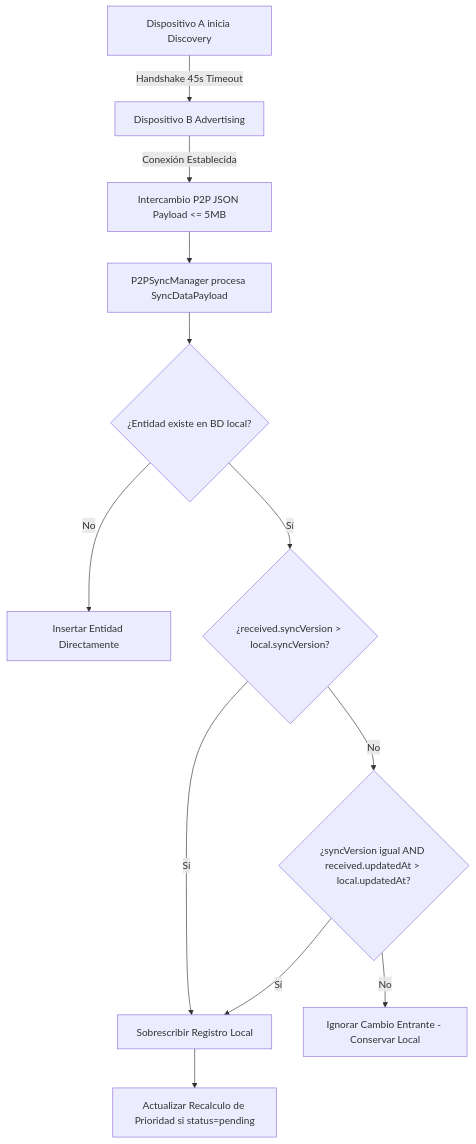
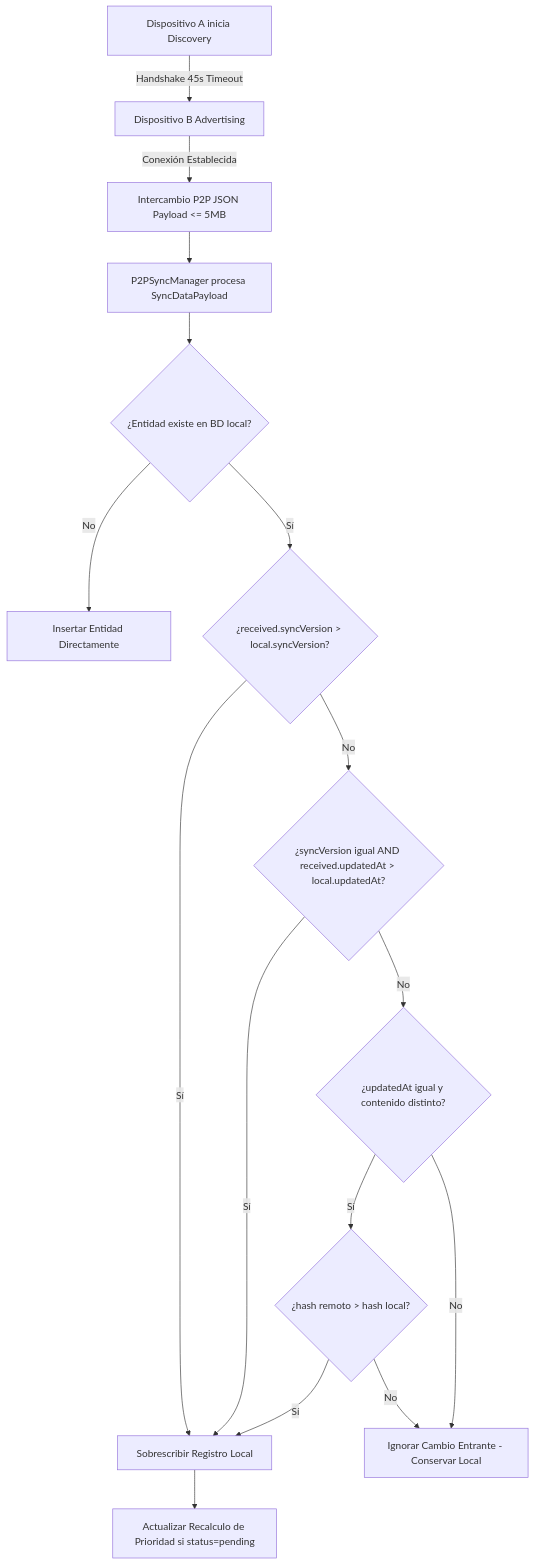
Before and after one commit to AnaCataVC/prima-focus: the diagram in docs/learning/p2p-sync-tombstones-clockdrift-gc.md, drawn with Mermaid. The commit also changed other lines of this file and 4 other files, not shown here.

First line of the commit message:
docs: document default category emojis, Room v7 schema and deterministic P2P tiebreaks

````diff
--- a/docs/learning/p2p-sync-tombstones-clockdrift-gc.md
+++ b/docs/learning/p2p-sync-tombstones-clockdrift-gc.md
@@ -66,14 +66,18 @@
 ```mermaid
 flowchart TD
     A[Dispositivo A inicia Discovery] -->|Handshake 45s Timeout| B[Dispositivo B Advertising]
     B -->|Conexión Establecida| C[Intercambio P2P JSON Payload <= 5MB]
     C --> D[P2PSyncManager procesa SyncDataPayload]
     D --> E{¿Entidad existe en BD local?}
     E -- No --> F[Insertar Entidad Directamente]
     E -- Sí --> G{¿received.syncVersion > local.syncVersion?}
     G -- Sí --> H[Sobrescribir Registro Local]
     G -- No --> I{¿syncVersion igual AND received.updatedAt > local.updatedAt?}
     I -- Sí --> H
-    I -- No --> J[Ignorar Cambio Entrante - Conservar Local]
+    I -- No --> T{¿updatedAt igual y contenido distinto?}
+    T -- Sí --> U{¿hash remoto > hash local?}
+    U -- Sí --> H
+    U -- No --> J
+    T -- No --> J[Ignorar Cambio Entrante - Conservar Local]
     H --> K[Actualizar Recalculo de Prioridad si status=pending]
 ```
````
